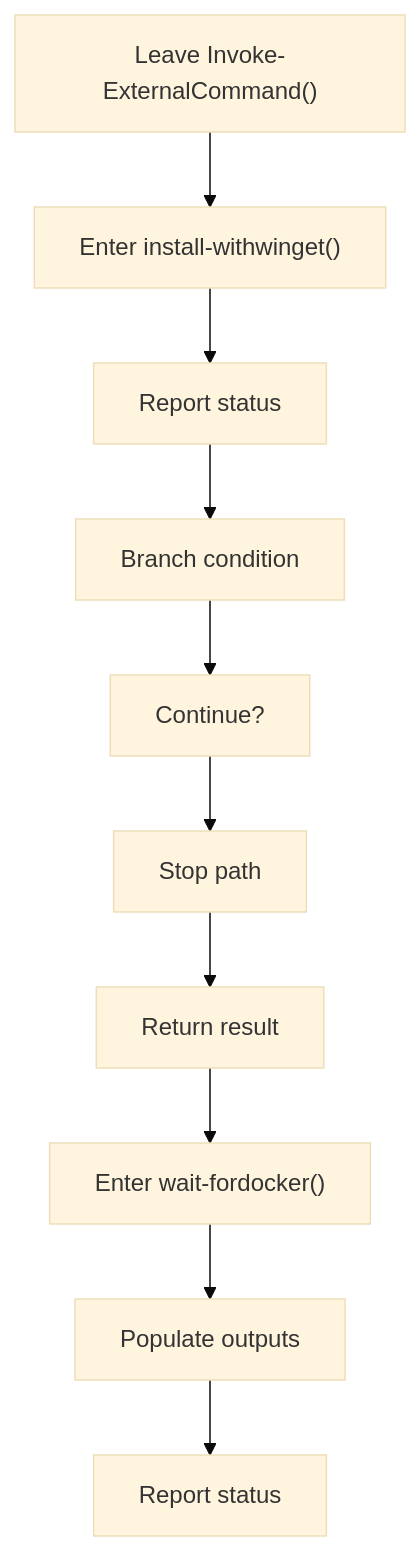
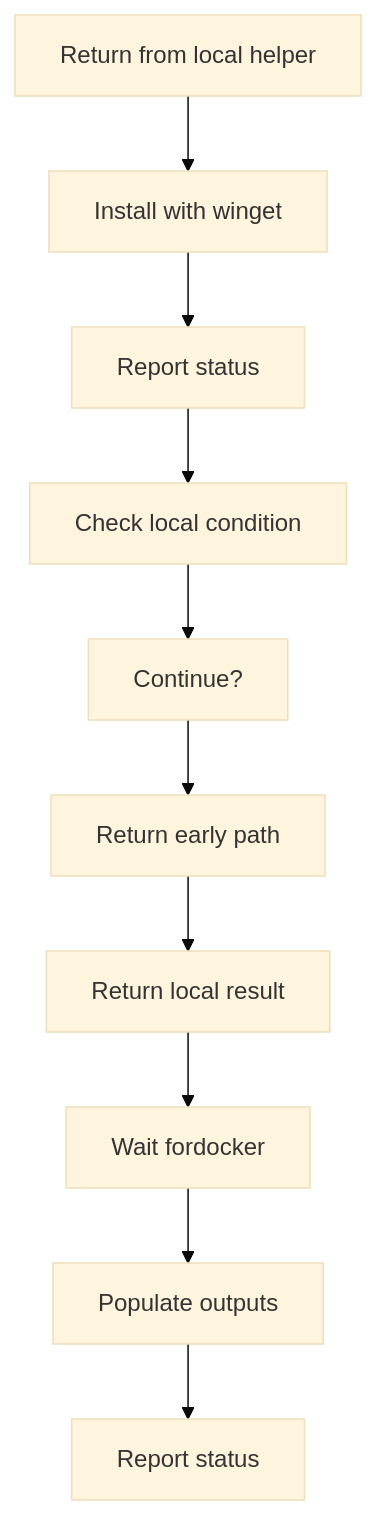
The seventh of 8 diagrams in docs/Codebase/Infrastructure/session-orchestration/bootstrap_and_deploy/bootstrap_and_deploy_program_flow_01.ps1.md (JohnAndrewBalbarosa/NeoTerritory), drawn with Mermaid (base theme) before and after one commit. The commit also changed other lines of this file and 925 other files, not shown here.

````diff
--- a/docs/Codebase/Infrastructure/session-orchestration/bootstrap_and_deploy/bootstrap_and_deploy_program_flow_01.ps1.md
+++ b/docs/Codebase/Infrastructure/session-orchestration/bootstrap_and_deploy/bootstrap_and_deploy_program_flow_01.ps1.md
@@ -154,22 +154,22 @@
 ```mermaid
 flowchart TD
-    N0["Leave Invoke-ExternalCommand()"]
-    N1["Enter install-withwinget()"]
+    N0["Return from local helper"]
+    N1["Install with winget"]
     N2["Report status"]
-    N3["Branch condition"]
+    N3["Check local condition"]
     N4["Continue?"]
-    N5["Stop path"]
-    N6["Return result"]
-    N7["Enter wait-fordocker()"]
+    N5["Return early path"]
+    N6["Return local result"]
+    N7["Wait fordocker"]
     N8["Populate outputs"]
     N9["Report status"]
     N0 --> N1
     N1 --> N2
     N2 --> N3
     N3 --> N4
     N4 --> N5
     N5 --> N6
     N6 --> N7
     N7 --> N8
     N8 --> N9
 ```
````
